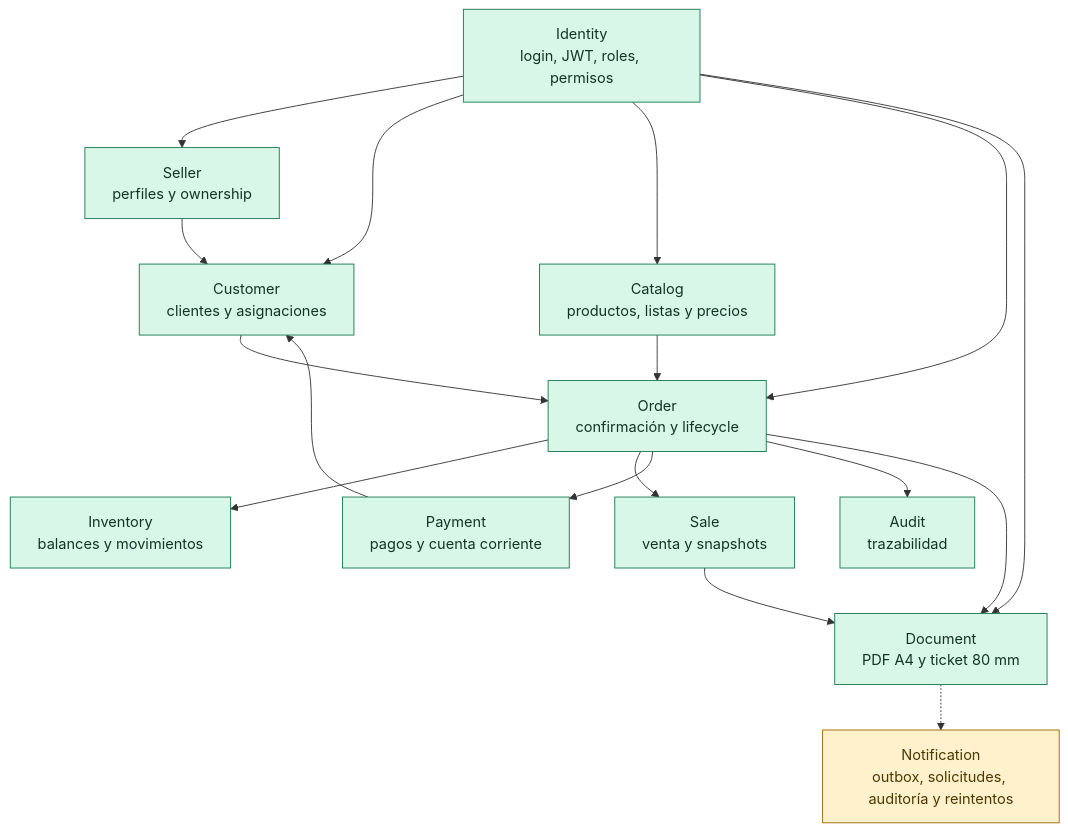
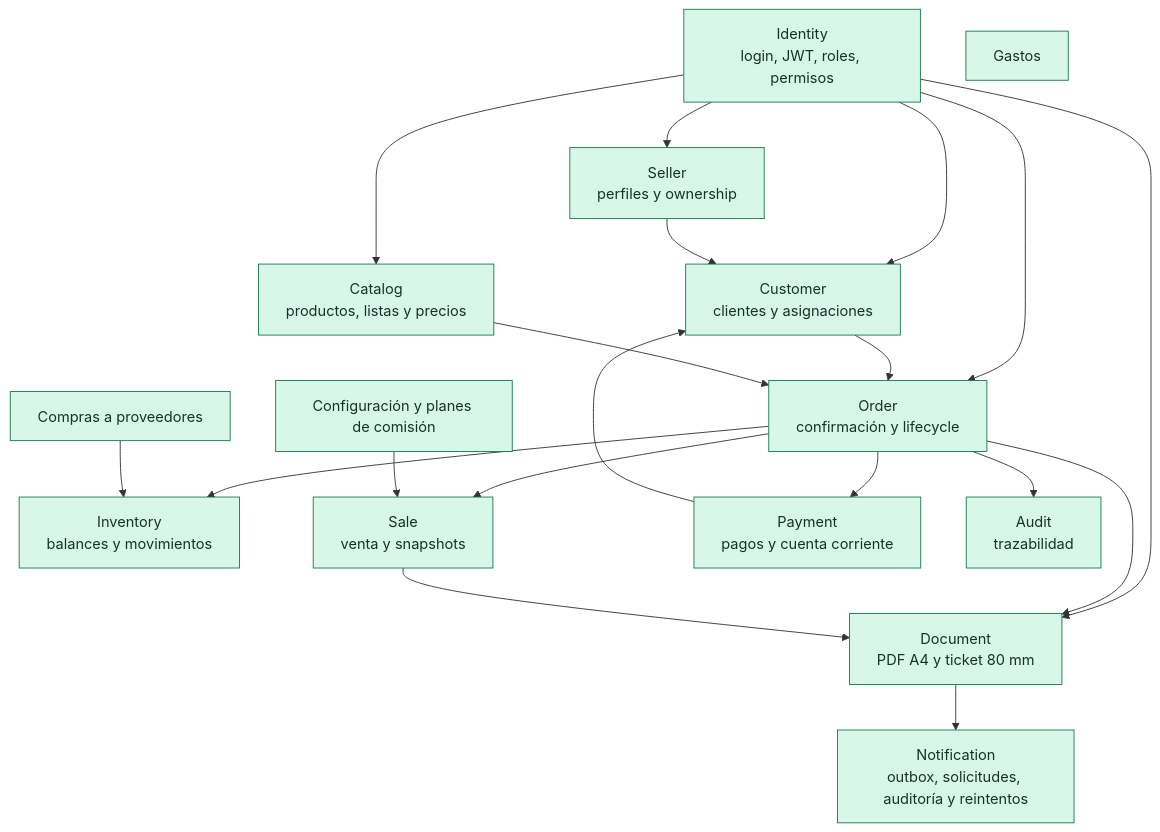
The second of 6 diagrams in docs/architecture/current-state.md (Martinrc93/distribuidoraCore), drawn with Mermaid before and after one commit. The commit also changed other lines of this file and 29 other files, not shown here.

Commit message:
docs: synchronize architecture, guides and remediation roadmap

````diff
--- a/docs/architecture/current-state.md
+++ b/docs/architecture/current-state.md
@@ -34,36 +34,40 @@
 ```mermaid
 flowchart TD
     Identity[Identity<br/>login, JWT, roles, permisos]
     Seller[Seller<br/>perfiles y ownership]
     Customer[Customer<br/>clientes y asignaciones]
     Catalog[Catalog<br/>productos, listas y precios]
     Inventory[Inventory<br/>balances y movimientos]
     Order[Order<br/>confirmación y lifecycle]
     Sale[Sale<br/>venta y snapshots]
     Payment[Payment<br/>pagos y cuenta corriente]
     Document[Document<br/>PDF A4 y ticket 80 mm]
     Audit[Audit<br/>trazabilidad]
     Notification[Notification<br/>outbox, solicitudes, auditoría y reintentos]
+    Purchasing[Compras a proveedores]
+    Expense[Gastos]
+    Settings[Configuración y planes de comisión]
 
     Identity --> Seller
     Identity --> Customer
     Identity --> Catalog
     Identity --> Order
     Identity --> Document
     Seller --> Customer
     Customer --> Order
     Catalog --> Order
     Order --> Inventory
     Order --> Sale
     Order --> Payment
     Order --> Audit
     Order --> Document
     Sale --> Document
     Payment --> Customer
-    Document -.-> Notification
+    Document --> Notification
+    Purchasing --> Inventory
+    Settings --> Sale
 
     classDef done fill:#d9f7e8,stroke:#18794e,color:#123524
     classDef pending fill:#fff1cc,stroke:#9a6700,color:#4d3800
-    class Identity,Seller,Customer,Catalog,Inventory,Order,Sale,Payment,Document,Audit done
-    class Notification pending
+    class Identity,Seller,Customer,Catalog,Inventory,Order,Sale,Payment,Document,Audit,Notification,Purchasing,Expense,Settings done
 ```
````
